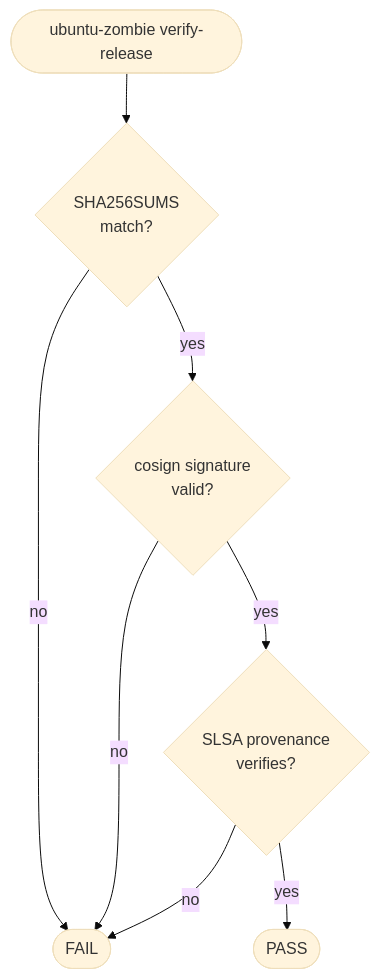
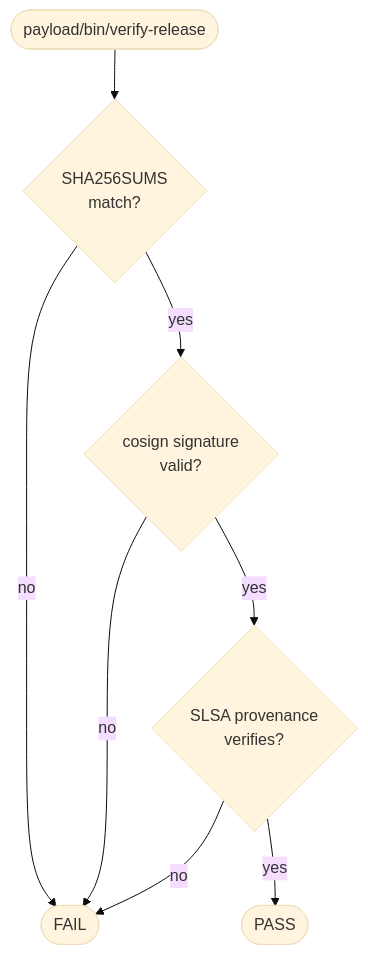
Before and after one commit to japer-technology/ubuntu-zombie: the third of 4 diagrams in docs/RELEASE-PLAN-123.md, drawn with Mermaid (base theme). The commit also changed other lines of this file, not shown here.

Commit message:
Correct release plan verifier name

````diff
--- a/docs/RELEASE-PLAN-123.md
+++ b/docs/RELEASE-PLAN-123.md
@@ -79,10 +79,10 @@
 ```mermaid
 flowchart TD
-    Start(["ubuntu-zombie verify-release"]) --> S1{"SHA256SUMS<br/>match?"}
+    Start(["payload/bin/verify-release"]) --> S1{"SHA256SUMS<br/>match?"}
     S1 -- no --> Fail(["FAIL"])
     S1 -- yes --> S2{"cosign signature<br/>valid?"}
     S2 -- no --> Fail
     S2 -- yes --> S3{"SLSA provenance<br/>verifies?"}
     S3 -- no --> Fail
     S3 -- yes --> Pass(["PASS"])
 ```
````
